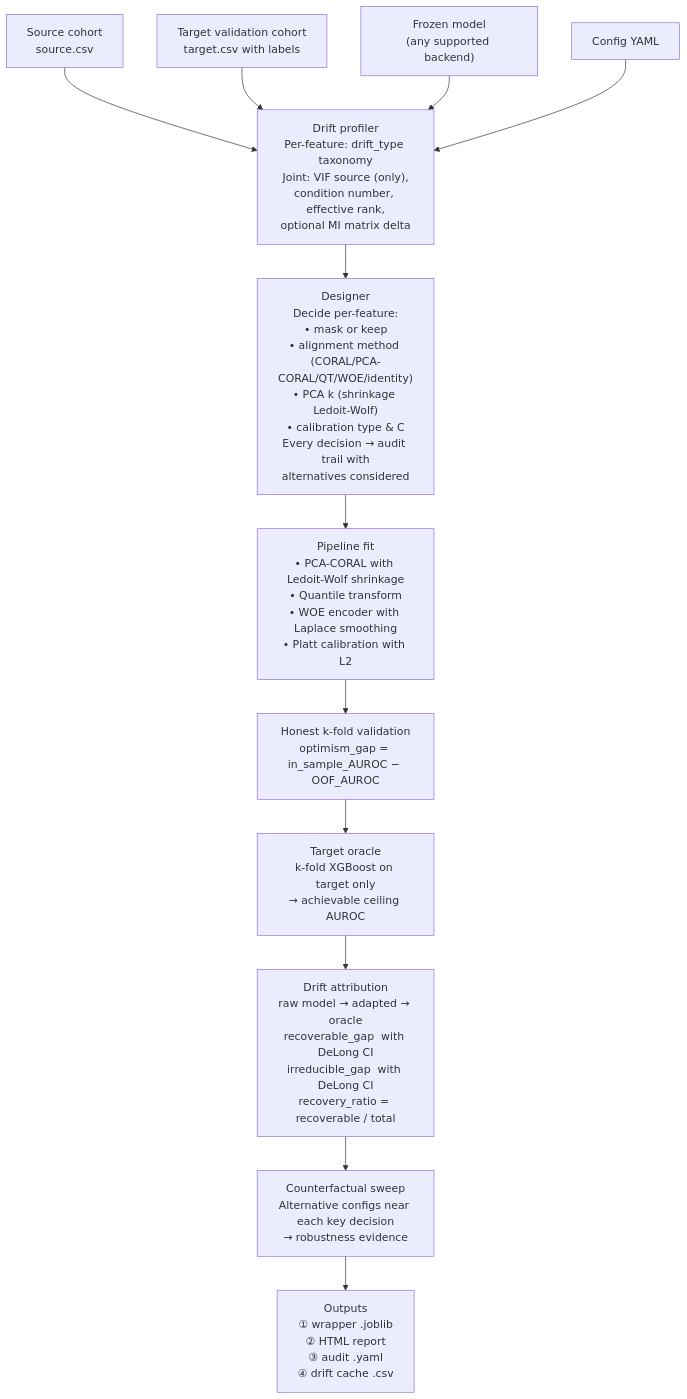
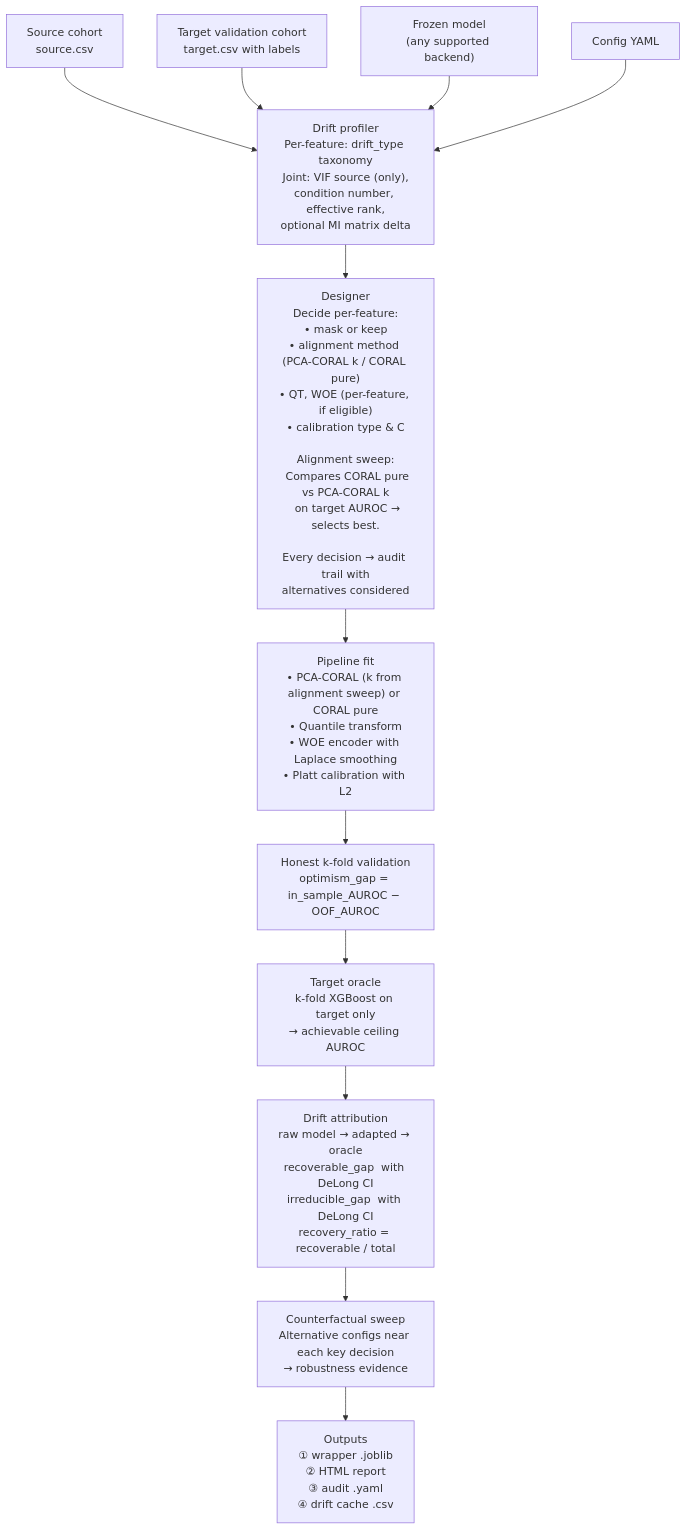
Before and after one commit to ramsestein/RECAL: the second of 3 diagrams in docs/ARCHITECTURE.md, drawn with Mermaid. The commit also changed other lines of this file and 10 other files, not shown here.

````diff
--- a/docs/ARCHITECTURE.md
+++ b/docs/ARCHITECTURE.md
@@ -78,23 +79,23 @@
 ```mermaid
 flowchart TD
     I1[Source cohort\nsource.csv] --> DP
     I2[Target validation cohort\ntarget.csv  with labels] --> DP
     I3["Frozen model\n(any supported backend)"] --> DP
     I4[Config YAML] --> DP
 
     DP["Drift profiler\nPer-feature: drift_type taxonomy\nJoint: VIF source (only),\ncondition number, effective rank,\noptional MI matrix delta"] --> DES
 
-    DES["Designer\nDecide per-feature:\n• mask or keep\n• alignment method (CORAL/PCA-CORAL/QT/WOE/identity)\n• PCA k (shrinkage Ledoit-Wolf)\n• calibration type & C\nEvery decision → audit trail with\nalternatives considered"] --> FIT
+    DES["Designer\nDecide per-feature:\n• mask or keep\n• alignment method (PCA-CORAL k / CORAL pure)\n• QT, WOE (per-feature, if eligible)\n• calibration type & C\n\nAlignment sweep:\n  Compares CORAL pure vs PCA-CORAL k\n  on target AUROC → selects best.\n\nEvery decision → audit trail with\nalternatives considered"] --> FIT
 
-    FIT["Pipeline fit\n• PCA-CORAL with Ledoit-Wolf shrinkage\n• Quantile transform\n• WOE encoder with Laplace smoothing\n• Platt calibration with L2"] --> VAL
+    FIT["Pipeline fit\n• PCA-CORAL (k from alignment sweep) or CORAL pure\n• Quantile transform\n• WOE encoder with Laplace smoothing\n• Platt calibration with L2"] --> VAL
 
     VAL["Honest k-fold validation\noptimism_gap = in_sample_AUROC − OOF_AUROC"] --> ORA
 
     ORA["Target oracle\nk-fold XGBoost on target only\n→ achievable ceiling AUROC"] --> ATT
 
     ATT["Drift attribution\nraw model → adapted → oracle\nrecoverable_gap  with DeLong CI\nirreducible_gap  with DeLong CI\nrecovery_ratio = recoverable / total"] --> CF
 
     CF["Counterfactual sweep\nAlternative configs near each key decision\n→ robustness evidence"] --> OUT
 
     OUT["Outputs\n① wrapper .joblib\n② HTML report\n③ audit .yaml\n④ drift cache .csv"]
 ```
````
